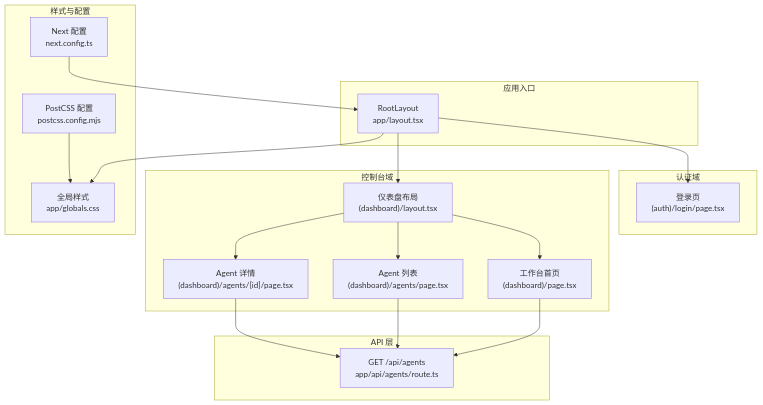
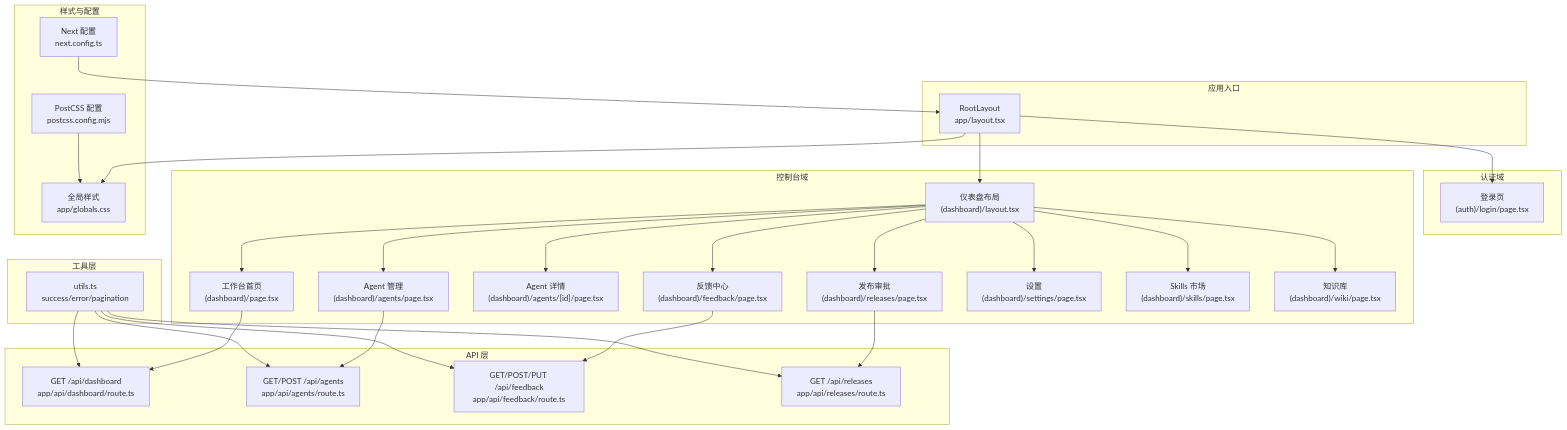
The second of 7 diagrams in .qoder/repowiki/zh/content/前端架构.md (ai-guru-global/agent-up), drawn with Mermaid before and after one commit. The commit also changed other lines of this file and 57 other files, not shown here.

````diff
--- a/.qoder/repowiki/zh/content/前端架构.md
+++ b/.qoder/repowiki/zh/content/前端架构.md
@@ -113,34 +171,55 @@
 ```mermaid
 graph TB
 subgraph "应用入口"
 R["RootLayout<br/>app/layout.tsx"]
 end
 subgraph "认证域"
 Lg["登录页<br/>(auth)/login/page.tsx"]
 end
 subgraph "控制台域"
 DL["仪表盘布局<br/>(dashboard)/layout.tsx"]
 DH["工作台首页<br/>(dashboard)/page.tsx"]
-AG["Agent 列表<br/>(dashboard)/agents/page.tsx"]
+AG["Agent 管理<br/>(dashboard)/agents/page.tsx"]
 AD["Agent 详情<br/>(dashboard)/agents/[id]/page.tsx"]
+FB["反馈中心<br/>(dashboard)/feedback/page.tsx"]
+RL["发布审批<br/>(dashboard)/releases/page.tsx"]
+ST["设置<br/>(dashboard)/settings/page.tsx"]
+SK["Skills 市场<br/>(dashboard)/skills/page.tsx"]
+WK["知识库<br/>(dashboard)/wiki/page.tsx"]
 end
 subgraph "API 层"
-API["GET /api/agents<br/>app/api/agents/route.ts"]
+API_DASH["GET /api/dashboard<br/>app/api/dashboard/route.ts"]
+API_AGENTS["GET/POST /api/agents<br/>app/api/agents/route.ts"]
+API_FB["GET/POST/PUT /api/feedback<br/>app/api/feedback/route.ts"]
+API_REL["GET /api/releases<br/>app/api/releases/route.ts"]
+end
+subgraph "工具层"
+UTIL["utils.ts<br/>success/error/pagination"]
 end
 subgraph "样式与配置"
 CSS["全局样式<br/>app/globals.css"]
 PCSS["PostCSS 配置<br/>postcss.config.mjs"]
 NCFG["Next 配置<br/>next.config.ts"]
 end
 R --> DL
 R --> Lg
 DL --> DH
 DL --> AG
 DL --> AD
-DH --> API
-AG --> API
-AD --> API
+DL --> FB
+DL --> RL
+DL --> ST
+DL --> SK
+DL --> WK
+DH --> API_DASH
+AG --> API_AGENTS
+FB --> API_FB
+RL --> API_REL
+UTIL --> API_DASH
+UTIL --> API_AGENTS
+UTIL --> API_FB
+UTIL --> API_REL
 R --> CSS
 PCSS --> CSS
 NCFG --> R
 ```
````
